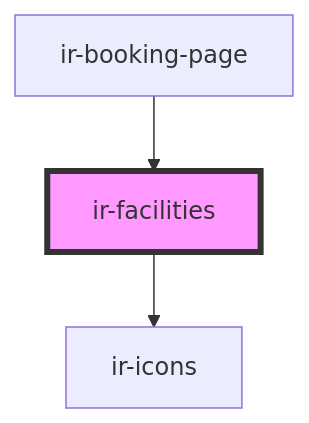
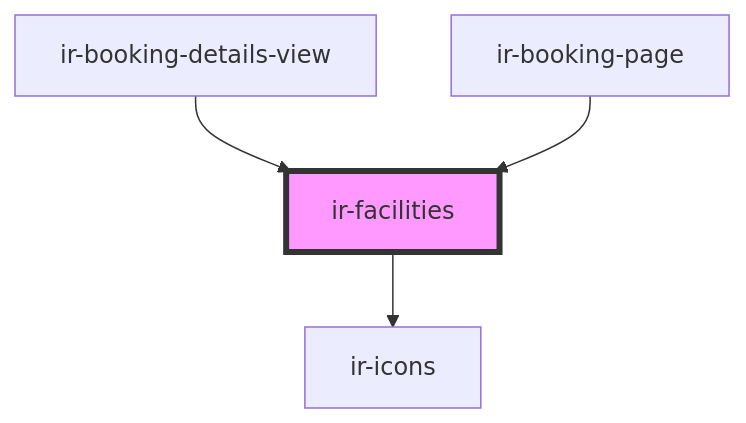
The diagram in src/components/ir-booking-engine/ir-booking-page/ir-facilities/readme.md (RonyRizk/ir-be), drawn with Mermaid before and after one commit. The commit also changed other lines of this file and 89 other files, not shown here.

````diff
--- a/src/components/ir-booking-engine/ir-booking-page/ir-facilities/readme.md
+++ b/src/components/ir-booking-engine/ir-booking-page/ir-facilities/readme.md
@@ -19,6 +20,7 @@
 ```mermaid
 graph TD;
   ir-facilities --> ir-icons
+  ir-booking-details-view --> ir-facilities
   ir-booking-page --> ir-facilities
   style ir-facilities fill:#f9f,stroke:#333,stroke-width:4px
 ```
````
